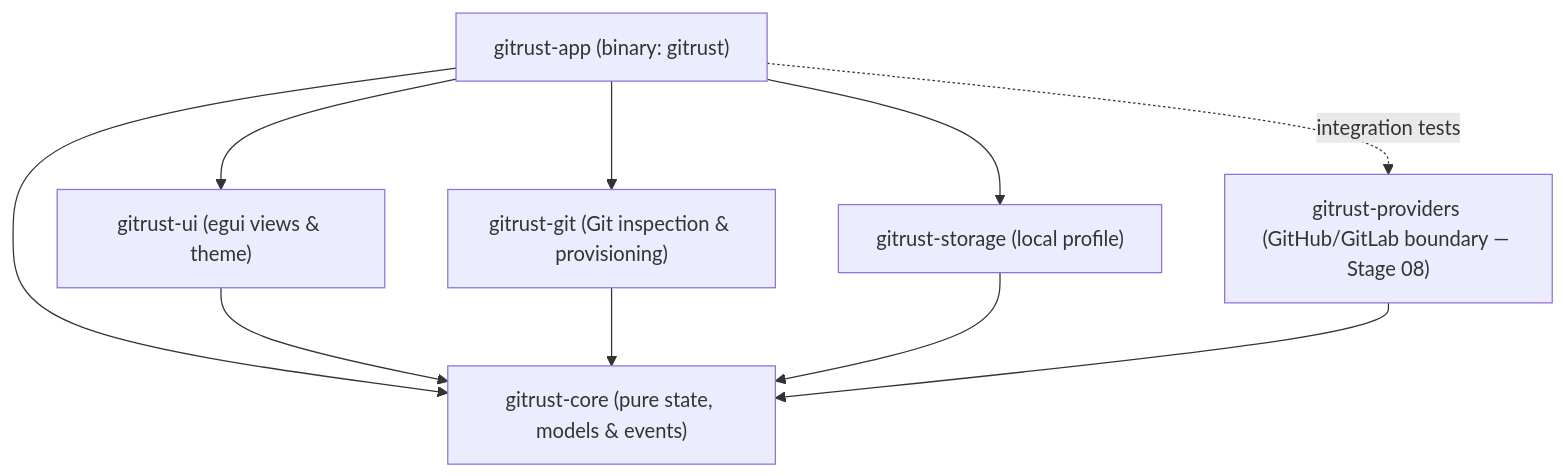
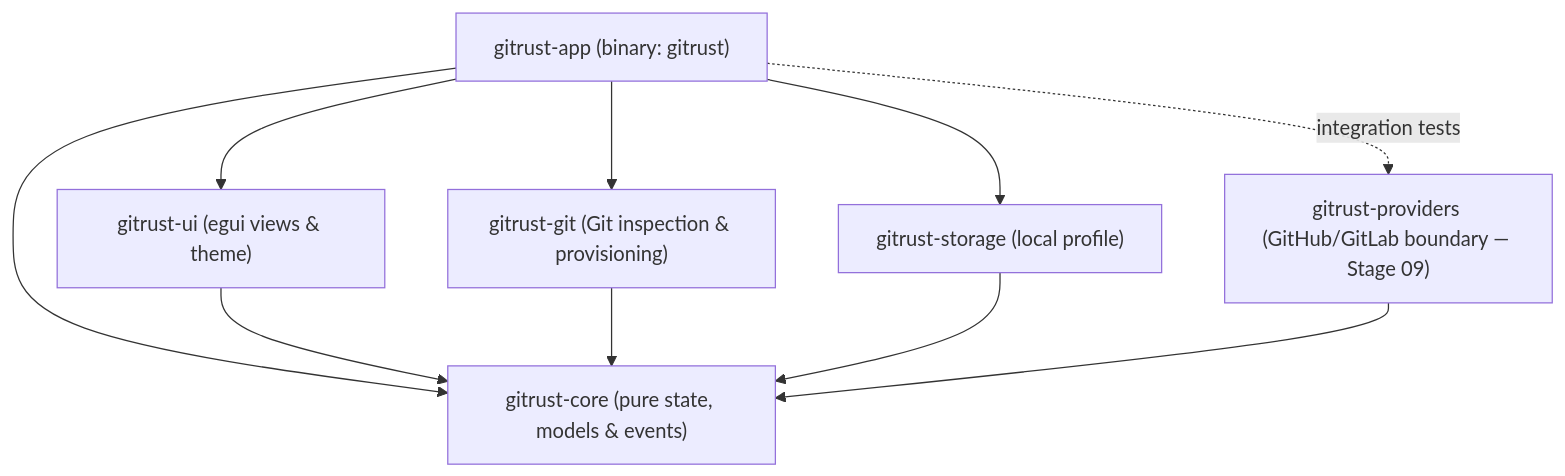
The diagram in docs/ARCHITECTURE.md (enthonyaraujo/gitRUST), drawn with Mermaid before and after one commit. The commit also changed other lines of this file and 11 other files, not shown here.

````diff
--- a/docs/ARCHITECTURE.md
+++ b/docs/ARCHITECTURE.md
@@ -20,19 +20,19 @@
 ```mermaid
 flowchart TD
     app["gitrust-app (binary: gitrust)"]
     ui["gitrust-ui (egui views & theme)"]
     git["gitrust-git (Git inspection & provisioning)"]
     storage["gitrust-storage (local profile)"]
-    providers["gitrust-providers (GitHub/GitLab boundary — Stage 08)"]
+    providers["gitrust-providers (GitHub/GitLab boundary — Stage 09)"]
     core["gitrust-core (pure state, models & events)"]
 
     app --> ui
     app --> core
     app --> git
     app --> storage
     app -.->|"integration tests"| providers
     ui --> core
     git --> core
     storage --> core
     providers --> core
 ```
````
